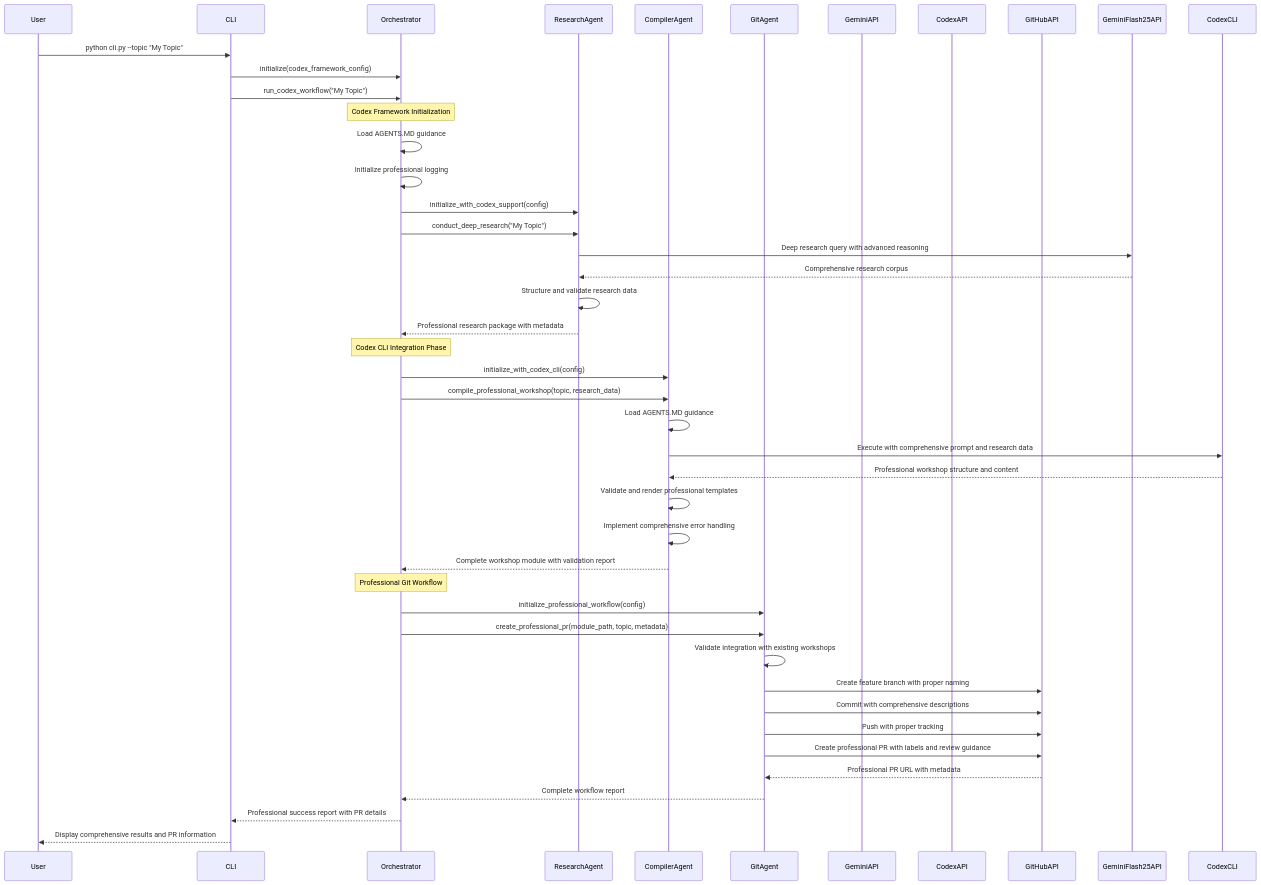
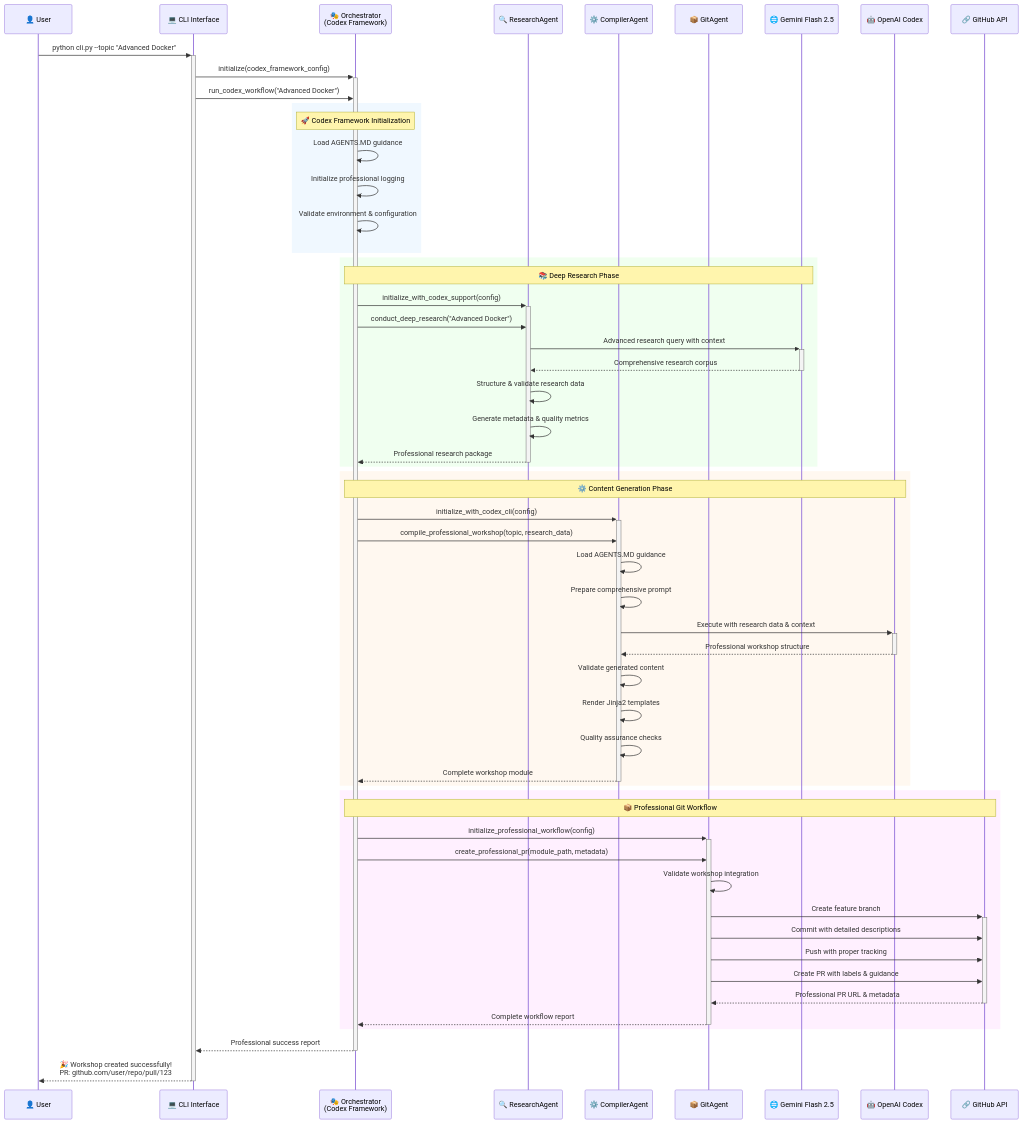
Before and after one commit to TheDreamLabUK/website: the second of 3 diagrams in workshop-builder/docs/03_core_concepts_architecture.md, drawn with Mermaid. The commit also changed other lines of this file and 9 other files, not shown here.

````diff
--- a/workshop-builder/docs/03_core_concepts_architecture.md
+++ b/workshop-builder/docs/03_core_concepts_architecture.md
@@ -83,50 +109,70 @@
 ```mermaid
 sequenceDiagram
-    participant User
-    participant CLI
-    participant Orchestrator
-    participant ResearchAgent
-    participant CompilerAgent
-    participant GitAgent
-    participant GeminiAPI
-    participant CodexAPI
-    participant GitHubAPI
+    participant U as 👤 User
+    participant CLI as 💻 CLI Interface
+    participant O as 🎭 Orchestrator<br/>(Codex Framework)
+    participant RA as 🔍 ResearchAgent
+    participant CA as ⚙️ CompilerAgent
+    participant GA as 📦 GitAgent
+    participant G as 🌐 Gemini Flash 2.5
+    participant CX as 🤖 OpenAI Codex
+    participant GH as 🔗 GitHub API
 
-    User->>CLI: python cli.py --topic "My Topic"
-    CLI->>Orchestrator: initialize(codex_framework_config)
-    CLI->>Orchestrator: run_codex_workflow("My Topic")
+    %% User Initiation
+    U->>+CLI: python cli.py --topic "Advanced Docker"
+    CLI->>+O: initialize(codex_framework_config)
+    CLI->>O: run_codex_workflow("Advanced Docker")
     
-    Note over Orchestrator: Codex Framework Initialization
-    Orchestrator->>Orchestrator: Load AGENTS.MD guidance
-    Orchestrator->>Orchestrator: Initialize professional logging
+    %% Framework Initialization
+    rect rgb(240, 248, 255)
+        Note over O: 🚀 Codex Framework Initialization
+        O->>O: Load AGENTS.MD guidance
+        O->>O: Initialize professional logging
+        O->>O: Validate environment & configuration
+    end
     
-    Orchestrator->>ResearchAgent: initialize_with_codex_support(config)
-    Orchestrator->>ResearchAgent: conduct_deep_research("My Topic")
-    ResearchAgent->>GeminiFlash25API: Deep research query with advanced reasoning
-    GeminiFlash25API-->>ResearchAgent: Comprehensive research corpus
-    ResearchAgent->>ResearchAgent: Structure and validate research data
-    ResearchAgent-->>Orchestrator: Professional research package with metadata
+    %% Research Phase
+    rect rgb(240, 255, 240)
+        Note over O,G: 📚 Deep Research Phase
+        O->>+RA: initialize_with_codex_support(config)
+        O->>RA: conduct_deep_research("Advanced Docker")
+        RA->>+G: Advanced research query with context
+        G-->>-RA: Comprehensive research corpus
+        RA->>RA: Structure & validate research data
+        RA->>RA: Generate metadata & quality metrics
+        RA-->>-O: Professional research package
+    end
     
-    Note over Orchestrator: Codex CLI Integration Phase
-    Orchestrator->>CompilerAgent: initialize_with_codex_cli(config)
-    Orchestrator->>CompilerAgent: compile_professional_workshop(topic, research_data)
-    CompilerAgent->>CompilerAgent: Load AGENTS.MD guidance
-    CompilerAgent->>CodexCLI: Execute with comprehensive prompt and research data
-    CodexCLI-->>CompilerAgent: Professional workshop structure and content
-    CompilerAgent->>CompilerAgent: Validate and render professional templates
-    CompilerAgent->>CompilerAgent: Implement comprehensive error handling
-    CompilerAgent-->>Orchestrator: Complete workshop module with validation report
+    %% Compilation Phase
+    rect rgb(255, 248, 240)
+        Note over O,CX: ⚙️ Content Generation Phase
+        O->>+CA: initialize_with_codex_cli(config)
+        O->>CA: compile_professional_workshop(topic, research_data)
+        CA->>CA: Load AGENTS.MD guidance
+        CA->>CA: Prepare comprehensive prompt
+        CA->>+CX: Execute with research data & context
+        CX-->>-CA: Professional workshop structure
+        CA->>CA: Validate generated content
+        CA->>CA: Render Jinja2 templates
+        CA->>CA: Quality assurance checks
+        CA-->>-O: Complete workshop module
+    end
     
-    Note over Orchestrator: Professional Git Workflow
-    Orchestrator->>GitAgent: initialize_professional_workflow(config)
-    Orchestrator->>GitAgent: create_professional_pr(module_path, topic, metadata)
-    GitAgent->>GitAgent: Validate integration with existing workshops
-    GitAgent->>GitHubAPI: Create feature branch with proper naming
-    GitAgent->>GitHubAPI: Commit with comprehensive descriptions
-    GitAgent->>GitHubAPI: Push with proper tracking
-    GitAgent->>GitHubAPI: Create professional PR with labels and review guidance
-    GitHubAPI-->>GitAgent: Professional PR URL with metadata
-    GitAgent-->>Orchestrator: Complete workflow report
-    Orchestrator-->>CLI: Professional success report with PR details
-    CLI-->>User: Display comprehensive results and PR information
+    %% Git Workflow Phase
+    rect rgb(255, 240, 255)
+        Note over O,GH: 📦 Professional Git Workflow
+        O->>+GA: initialize_professional_workflow(config)
+        O->>GA: create_professional_pr(module_path, metadata)
+        GA->>GA: Validate workshop integration
+        GA->>+GH: Create feature branch
+        GA->>GH: Commit with detailed descriptions
+        GA->>GH: Push with proper tracking
+        GA->>GH: Create PR with labels & guidance
+        GH-->>-GA: Professional PR URL & metadata
+        GA-->>-O: Complete workflow report
+    end
+    
+    %% Success Response
+    O-->>-CLI: Professional success report
+    CLI-->>-U: 🎉 Workshop created successfully!<br/>PR: github.com/user/repo/pull/123
 ```
````
